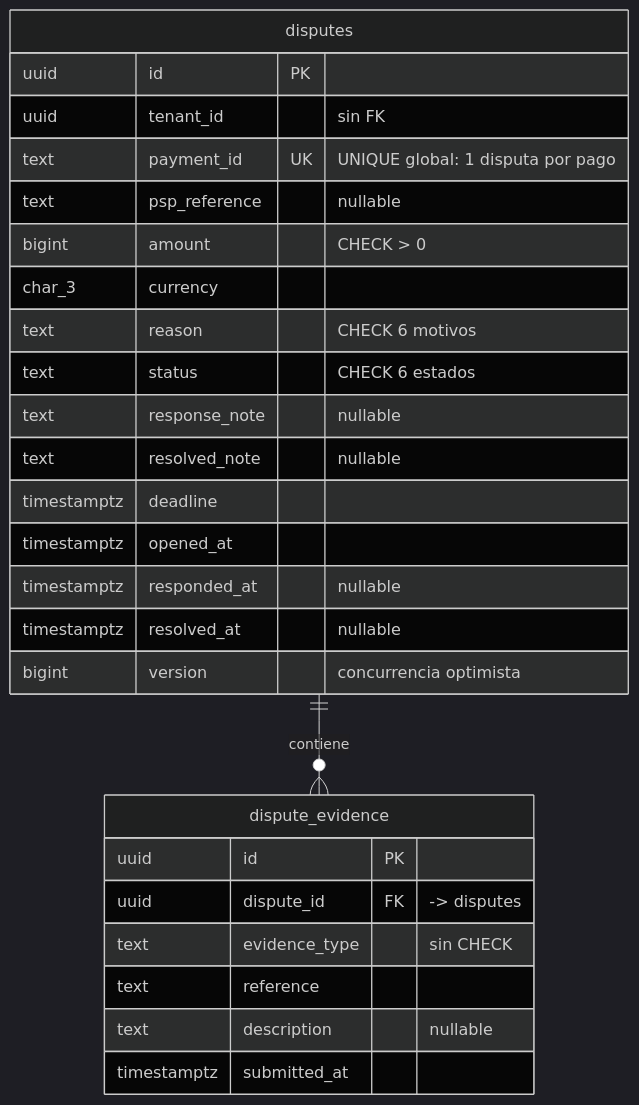
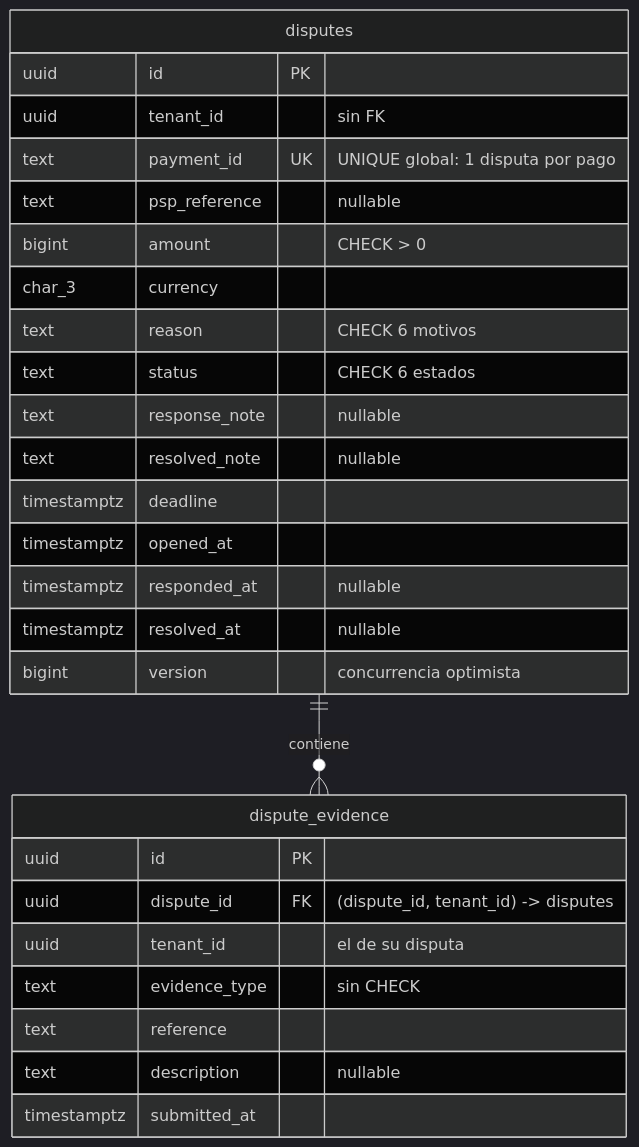
One commit to juantevez/cobros-platform changed the third of 3 diagrams in docs/technical/DISPUTE.md. Above: the diagram before and after it, drawn with Mermaid (dark theme). The commit also changed other lines of this file and 13 other files, not shown here.

````diff
--- a/docs/technical/DISPUTE.md
+++ b/docs/technical/DISPUTE.md
@@ -372,29 +372,30 @@
 ```mermaid
 erDiagram
     disputes {
         uuid id PK
         uuid tenant_id "sin FK"
         text payment_id UK "UNIQUE global: 1 disputa por pago"
         text psp_reference "nullable"
         bigint amount "CHECK > 0"
         char_3 currency
         text reason "CHECK 6 motivos"
         text status "CHECK 6 estados"
         text response_note "nullable"
         text resolved_note "nullable"
         timestamptz deadline
         timestamptz opened_at
         timestamptz responded_at "nullable"
         timestamptz resolved_at "nullable"
         bigint version "concurrencia optimista"
     }
     dispute_evidence {
         uuid id PK
-        uuid dispute_id FK "-> disputes"
+        uuid dispute_id FK "(dispute_id, tenant_id) -> disputes"
+        uuid tenant_id "el de su disputa"
         text evidence_type "sin CHECK"
         text reference
         text description "nullable"
         timestamptz submitted_at
     }
     disputes ||--o{ dispute_evidence : "contiene"
 ```
````
